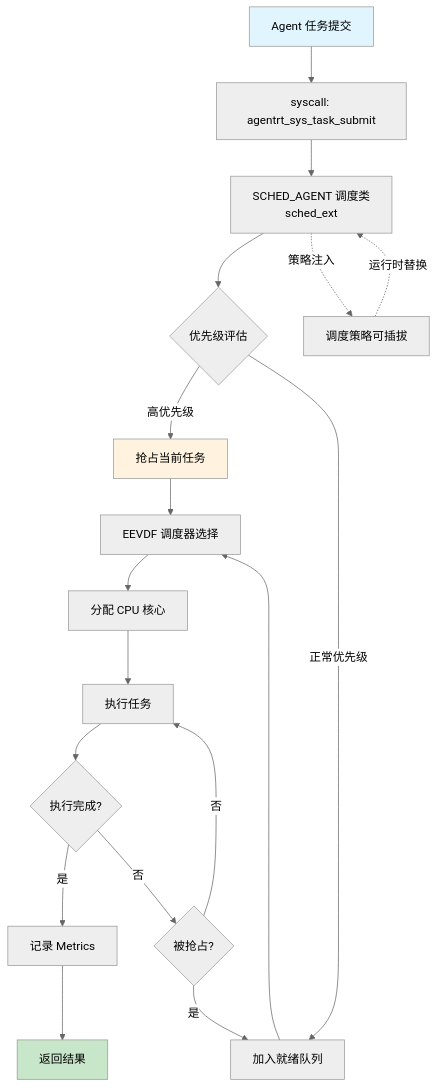
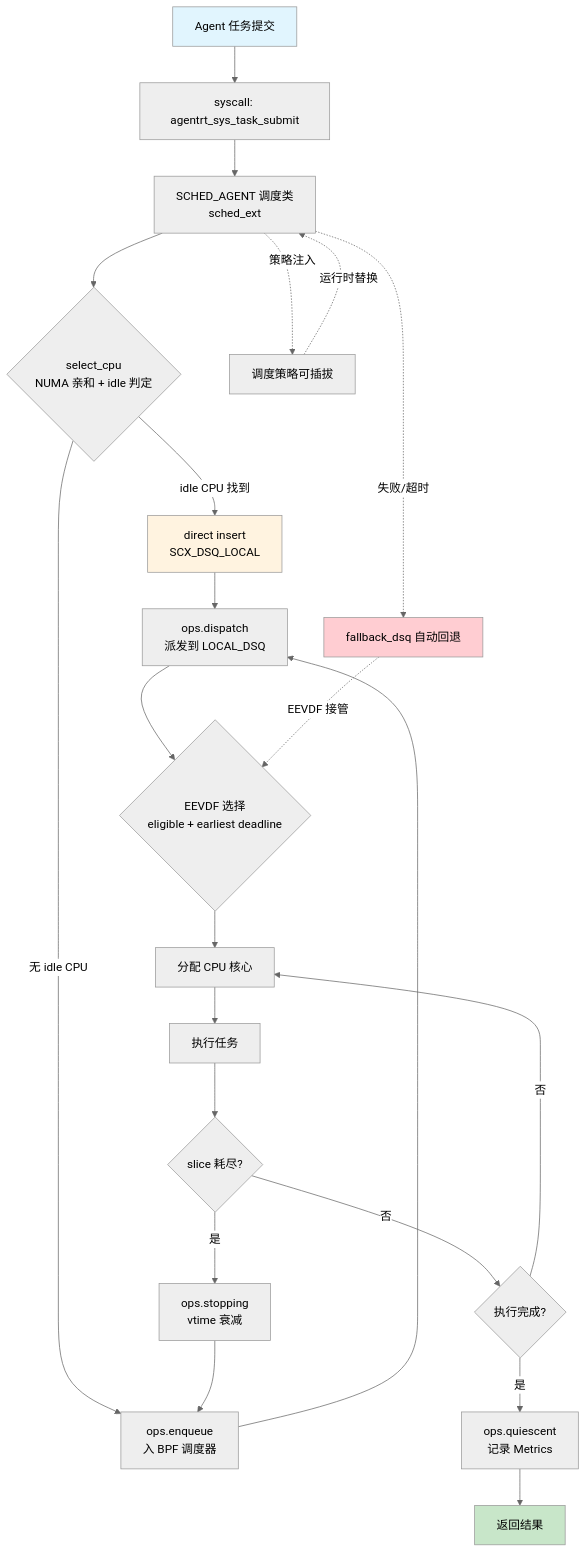
The first of 7 diagrams in AirymaxAgentOS/40-dataflows/04-scheduling-flow.md (openairymax/docs), drawn with Mermaid (neutral theme) before and after one commit. The commit also changed other lines of this file and 31 other files, not shown here.

````diff
--- a/AirymaxAgentOS/40-dataflows/04-scheduling-flow.md
+++ b/AirymaxAgentOS/40-dataflows/04-scheduling-flow.md
@@ -41,26 +47,33 @@
 ```mermaid
 flowchart TD
     A[Agent 任务提交] --> B[syscall: agentrt_sys_task_submit]
     B --> C[SCHED_AGENT 调度类<br/>sched_ext]
-    C --> D{优先级评估}
-    D -->|高优先级| E[抢占当前任务]
-    D -->|正常优先级| F[加入就绪队列]
-    E --> G[EEVDF 调度器选择]
+    C --> D{select_cpu<br/>NUMA 亲和 + idle 判定}
+    D -->|idle CPU 找到| E[direct insert<br/>SCX_DSQ_LOCAL]
+    D -->|无 idle CPU| F[ops.enqueue<br/>入 BPF 调度器]
+    E --> G[ops.dispatch<br/>派发到 LOCAL_DSQ]
     F --> G
-    G --> H[分配 CPU 核心]
-    H --> I[执行任务]
-    I --> J{执行完成?}
-    J -->|是| K[记录 Metrics]
-    J -->|否| L{被抢占?}
-    L -->|是| F
-    L -->|否| I
-    K --> M[返回结果]
+    G --> H{EEVDF 选择<br/>eligible + earliest deadline}
+    H --> I[分配 CPU 核心]
+    I --> J[执行任务]
+    J --> K{slice 耗尽?}
+    K -->|是| L[ops.stopping<br/>vtime 衰减]
+    K -->|否| M{执行完成?}
+    L --> F
+    M -->|是| N[ops.quiescent<br/>记录 Metrics]
+    M -->|否| I
+    N --> O[返回结果]
     
-    N[调度策略可插拔]
-    C -.策略注入.-> N
-    N -.运行时替换.-> C
+    P[调度策略可插拔]
+    C -.策略注入.-> P
+    P -.运行时替换.-> C
+    
+    Q[fallback_dsq 自动回退]
+    C -.失败/超时.-> Q
+    Q -.EEVDF 接管.-> H
     
     style A fill:#e1f5fe
     style E fill:#fff3e0
-    style M fill:#c8e6c9
+    style O fill:#c8e6c9
+    style Q fill:#ffcdd2
 ```
````
